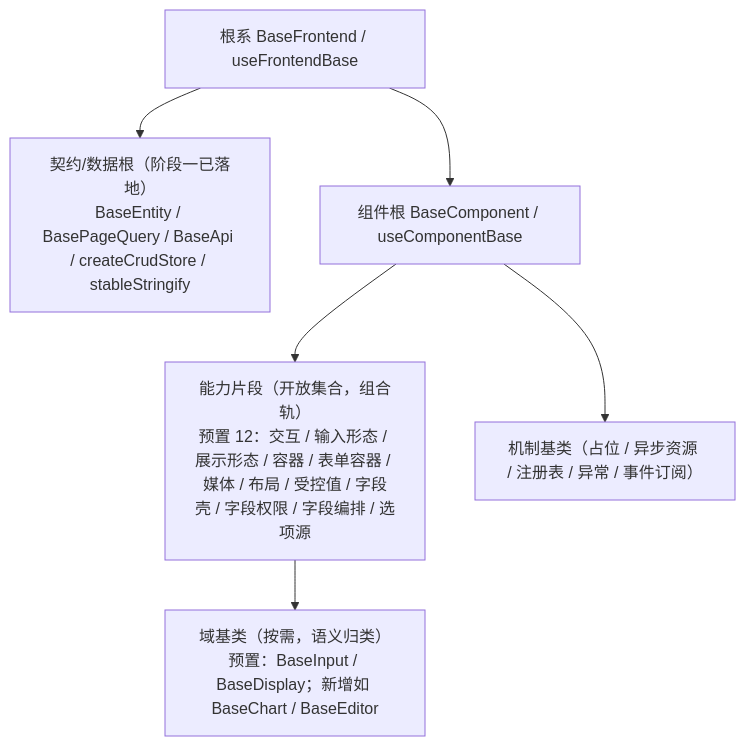
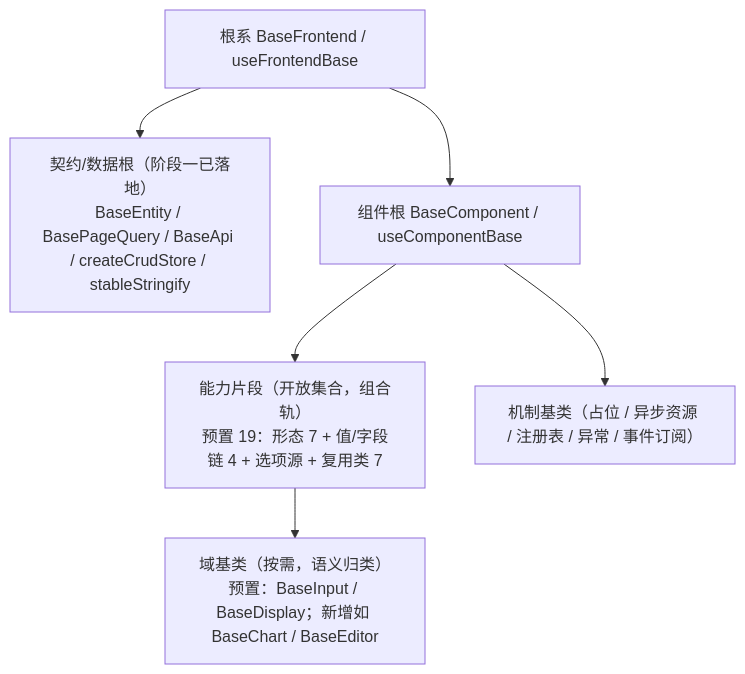
One commit to minjian123/basic-management-system changed the diagram in bms文档/项目/04_前端组件库/需求/01_需求_基础组件类.md. Above: the diagram before and after it, drawn with Mermaid. The commit also changed other lines of this file and 22 other files, not shown here.

````diff
--- a/bms文档/项目/04_前端组件库/需求/01_需求_基础组件类.md
+++ b/bms文档/项目/04_前端组件库/需求/01_需求_基础组件类.md
@@ -11,14 +11,14 @@
 ```mermaid
 flowchart TD
     ROOT["根系 BaseFrontend / useFrontendBase"]
     DATA["契约/数据根（阶段一已落地）<br/>BaseEntity / BasePageQuery / BaseApi / createCrudStore / stableStringify"]
     COMP["组件根 BaseComponent / useComponentBase"]
-    CAP["能力片段（开放集合，组合轨）<br/>预置 12：交互 / 输入形态 / 展示形态 / 容器 / 表单容器 / 媒体 / 布局 / 受控值 / 字段壳 / 字段权限 / 字段编排 / 选项源"]
+    CAP["能力片段（开放集合，组合轨）<br/>预置 19：形态 7 + 值/字段链 4 + 选项源 + 复用类 7"]
     DOM["域基类（按需，语义归类）<br/>预置：BaseInput / BaseDisplay；新增如 BaseChart / BaseEditor"]
     ROOT --> DATA
     ROOT --> COMP
     MECH["机制基类（占位 / 异步资源 / 注册表 / 异常 / 事件订阅）"]
     COMP --> MECH
     COMP --> CAP
     CAP --> DOM
 ```
````
